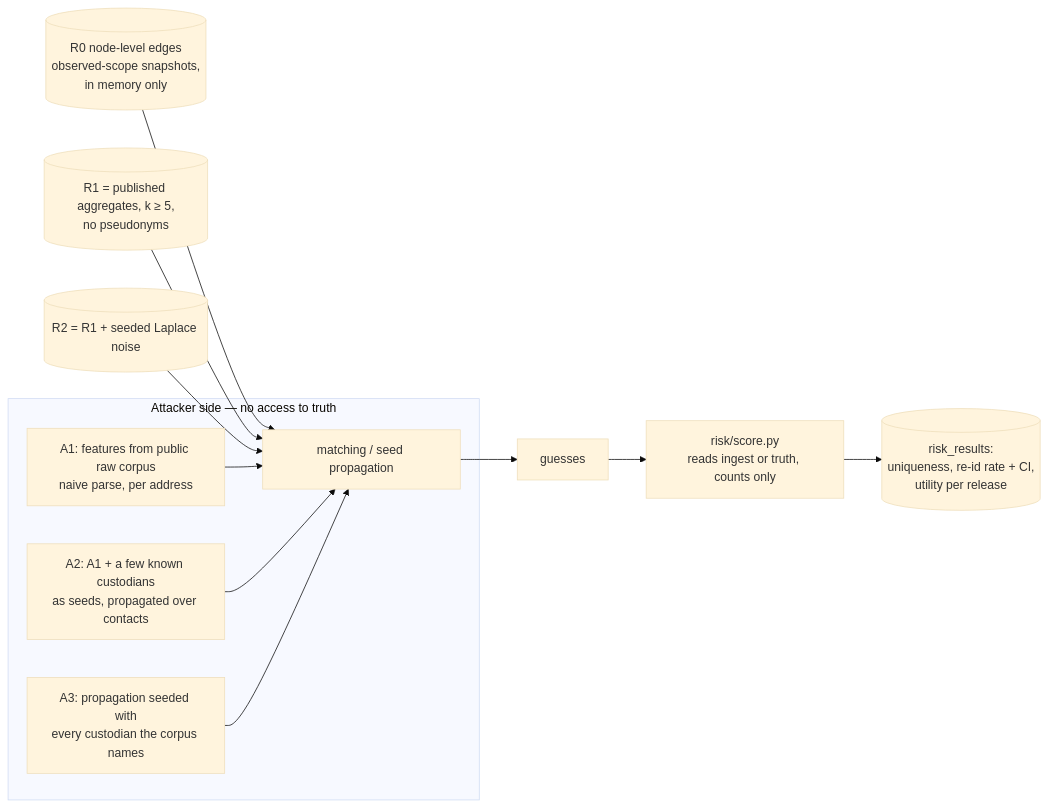
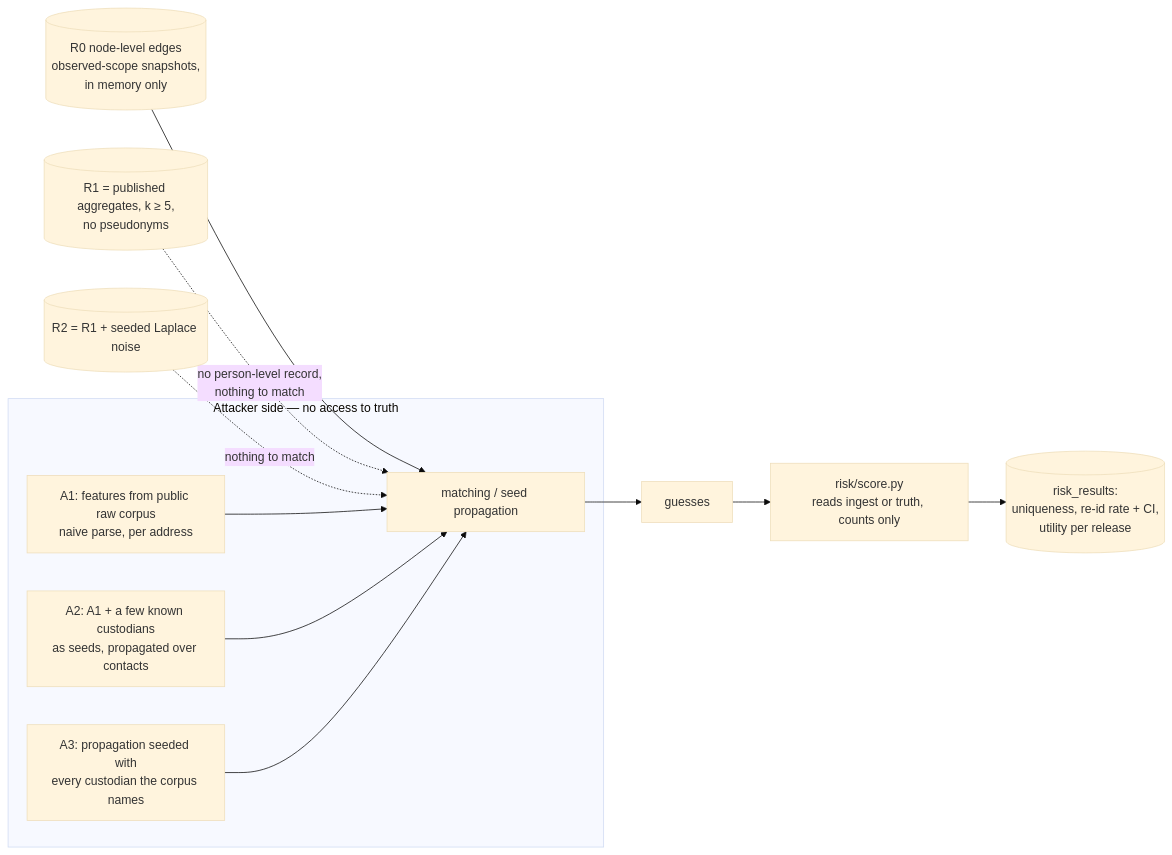
One commit to marcusvieira88/network-science changed the fifth of 6 diagrams in docs/architecture.md. Above: the diagram before and after it, drawn with Mermaid (base theme). The commit also changed other lines of this file and 3 other files, not shown here.

First line of the commit message:
Items 1, 3, 7, 10, 12, 13, 16, 20, 23, 25, 26, 34, 39, 45, 47, 51, 55: architecture, hypotheses and metrics documents

````diff
--- a/docs/architecture.md
+++ b/docs/architecture.md
@@ -217,18 +231,18 @@
 ```mermaid
 flowchart LR
     subgraph Attacker["Attacker side — no access to truth"]
         AUX1[A1: features from public raw corpus<br/>naive parse, per address]
         AUX2[A2: A1 + a few known custodians<br/>as seeds, propagated over contacts]
         AUX3[A3: propagation seeded with<br/>every custodian the corpus names]
         ATT[matching / seed propagation]
     end
     R0[(R0 node-level edges<br/>observed-scope snapshots,<br/>in memory only)] --> ATT
-    R1[(R1 = published aggregates, k ≥ 5,<br/>no pseudonyms)] --> ATT
-    R2[(R2 = R1 + seeded Laplace noise)] --> ATT
+    R1[(R1 = published aggregates, k ≥ 5,<br/>no pseudonyms)] -. no person-level record,<br/>nothing to match .-> ATT
+    R2[(R2 = R1 + seeded Laplace noise)] -. nothing to match .-> ATT
     AUX1 --> ATT
     AUX2 --> ATT
     AUX3 --> ATT
     ATT --> GZ[guesses]
     GZ --> SC[risk/score.py<br/>reads ingest or truth, counts only]
     SC --> RT[(risk_results:<br/>uniqueness, re-id rate + CI,<br/>utility per release)]
 ```
````
